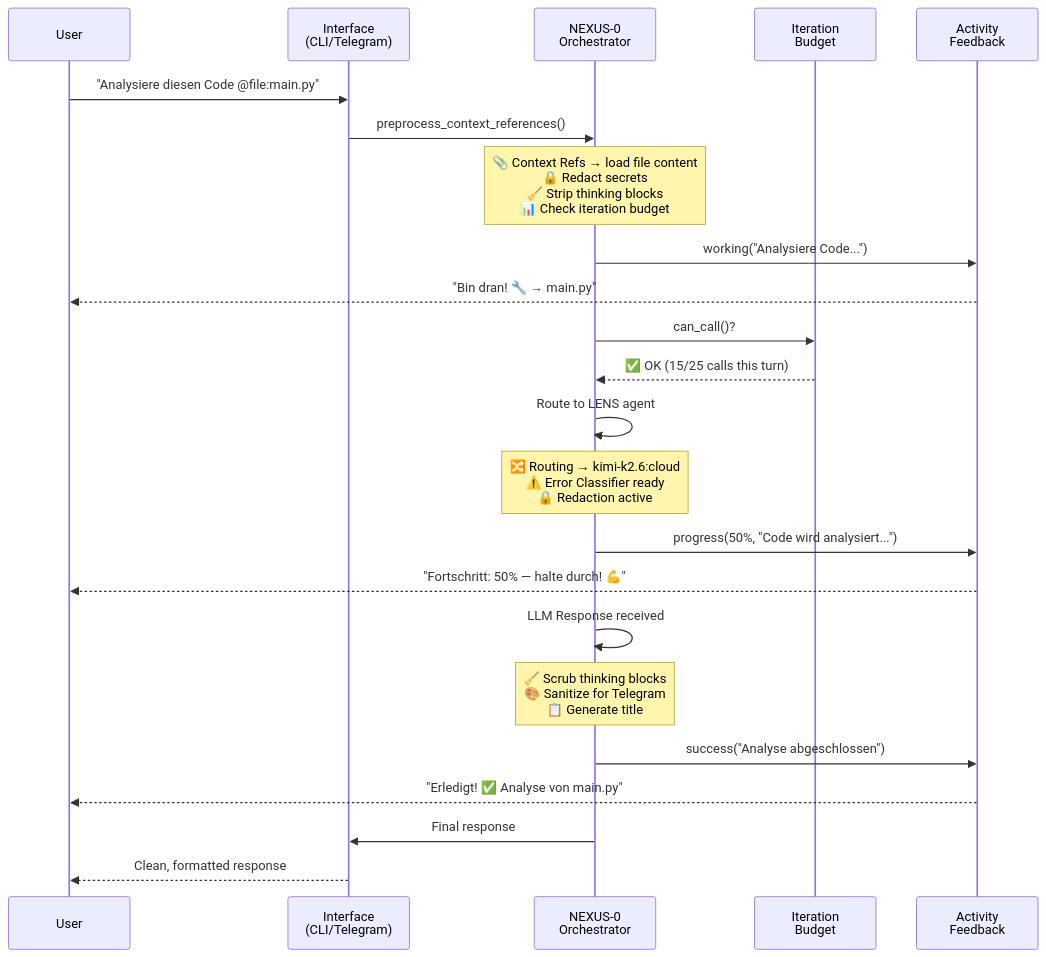
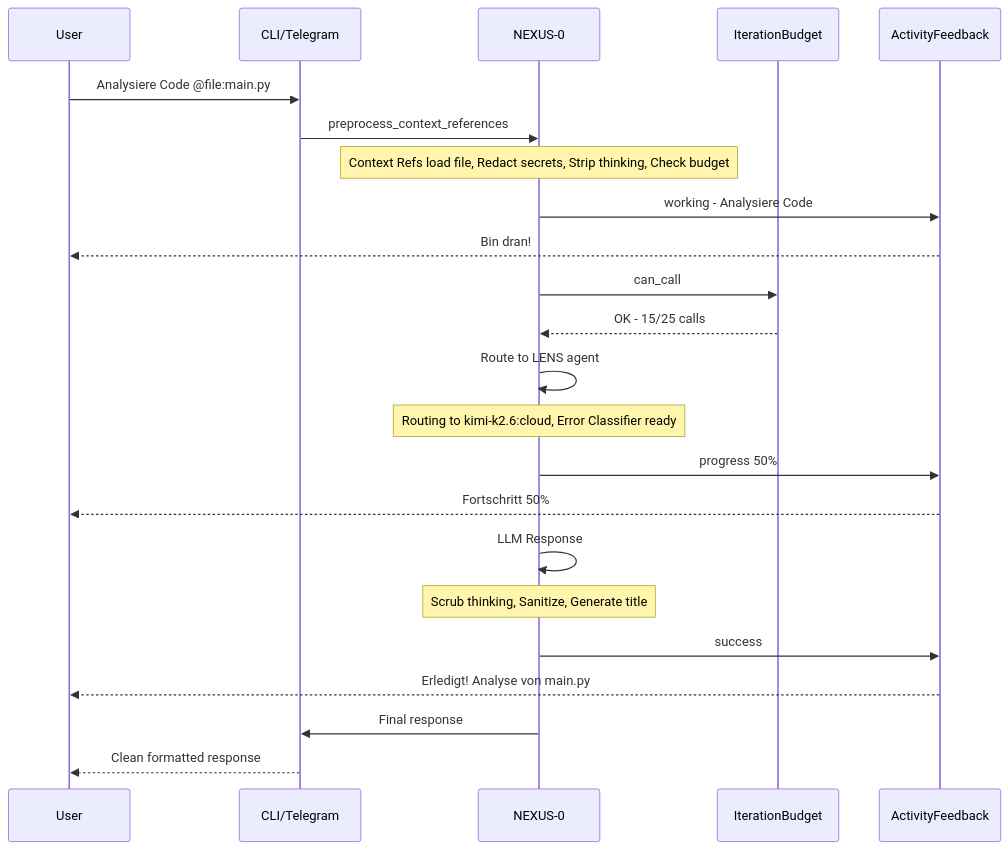
The third of 5 diagrams in README.md (TitoPrausee/nexus-toti), drawn with Mermaid before and after one commit. The commit also changed other lines of this file, not shown here.

Commit message:
docs: Mermaid-UML gefixt - kein HTML/Emoji in Nodes, pure Mermaid-Syntax

````diff
--- a/README.md
+++ b/README.md
@@ -192,33 +173,33 @@
 ```mermaid
 sequenceDiagram
     participant User
-    participant Interface as Interface<br/>(CLI/Telegram)
-    participant NEXUS as NEXUS-0<br/>Orchestrator
-    participant Budget as Iteration<br/>Budget
-    participant Feedback as Activity<br/>Feedback
-    
-    User->>Interface: "Analysiere diesen Code @file:main.py"
-    Interface->>NEXUS: preprocess_context_references()
-    Note over NEXUS: 📎 Context Refs → load file content<br/>🔒 Redact secrets<br/>🧹 Strip thinking blocks<br/>📊 Check iteration budget
-    
-    NEXUS->>Feedback: working("Analysiere Code...")
-    Feedback-->>User: "Bin dran! 🔧 → main.py"
-    
-    NEXUS->>Budget: can_call()?
-    Budget-->>NEXUS: ✅ OK (15/25 calls this turn)
-    
+    participant Interface as CLI/Telegram
+    participant NEXUS as NEXUS-0
+    participant Budget as IterationBudget
+    participant Feedback as ActivityFeedback
+
+    User->>Interface: Analysiere Code @file:main.py
+    Interface->>NEXUS: preprocess_context_references
+    Note over NEXUS: Context Refs load file, Redact secrets, Strip thinking, Check budget
+
+    NEXUS->>Feedback: working - Analysiere Code
+    Feedback-->>User: Bin dran!
+
+    NEXUS->>Budget: can_call
+    Budget-->>NEXUS: OK - 15/25 calls
+
     NEXUS->>NEXUS: Route to LENS agent
-    Note over NEXUS: 🔀 Routing → kimi-k2.6:cloud<br/>⚠️ Error Classifier ready<br/>🔒 Redaction active
-    
-    NEXUS->>Feedback: progress(50%, "Code wird analysiert...")
-    Feedback-->>User: "Fortschritt: 50% — halte durch! 💪"
-    
-    NEXUS->>NEXUS: LLM Response received
-    Note over NEXUS: 🧹 Scrub thinking blocks<br/>🎨 Sanitize for Telegram<br/>📋 Generate title
-    
-    NEXUS->>Feedback: success("Analyse abgeschlossen")
-    Feedback-->>User: "Erledigt! ✅ Analyse von main.py"
-    
+    Note over NEXUS: Routing to kimi-k2.6:cloud, Error Classifier ready
+
+    NEXUS->>Feedback: progress 50%
+    Feedback-->>User: Fortschritt 50%
+
+    NEXUS->>NEXUS: LLM Response
+    Note over NEXUS: Scrub thinking, Sanitize, Generate title
+
+    NEXUS->>Feedback: success
+    Feedback-->>User: Erledigt! Analyse von main.py
+
     NEXUS->>Interface: Final response
-    Interface-->>User: Clean, formatted response
+    Interface-->>User: Clean formatted response
 ```
````
